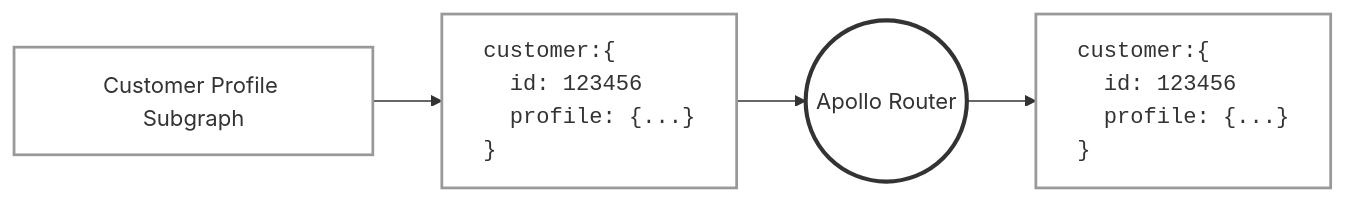
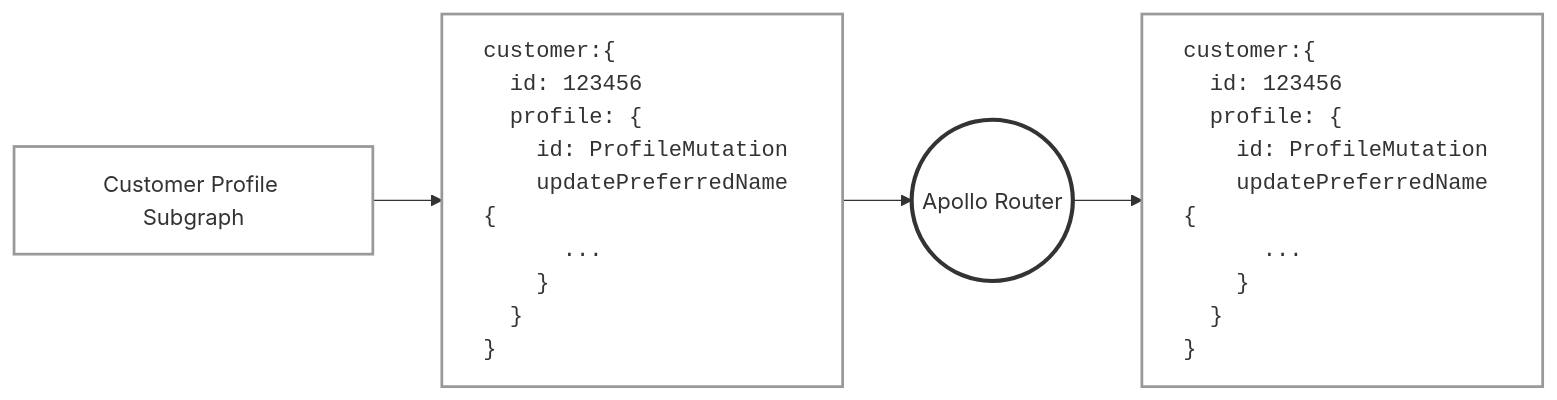
Before and after one commit to bcdxn/bcdxn.github.io: the fourth of 4 diagrams in _posts/2026-10-07-graphql-mutation-namespacing.md, drawn with Mermaid. The commit also changed other lines of this file, not shown here.

```diff
--- a/_posts/2026-10-07-graphql-mutation-namespacing.md
+++ b/_posts/2026-10-07-graphql-mutation-namespacing.md
@@ -278,23 +275,23 @@
 <pre class="mermaid">
 %%{init: {'themeVariables': { 'edgeLabelBackground': '#fff'}}}%%
 flowchart LR
   classDef default fill:none,stroke-width:2px
   classDef grouping fill:none,stroke:#999,stroke-width:2px
   classDef user fill:none,stroke:#333,stroke-width:3px
   classDef response font-family:monospace,text-align:left
 
   router((Apollo Router))
   profile[Customer Profile Subgraph]
-  profileResponse["customer:{<br/>&nbsp;&nbsp;id: 123456<br/>&nbsp;&nbsp;profile: {...}<br/>}"]
-  merged["customer:{<br/>&nbsp;&nbsp;id: 123456<br/>&nbsp;&nbsp;profile: {...}<br/>}"]
+  profileResponse["customer:{<br/>&nbsp;&nbsp;id: 123456<br/>&nbsp;&nbsp;profile: {<br/>&nbsp;&nbsp;&nbsp;&nbsp;id: ProfileMutation<br/>&nbsp;&nbsp;&nbsp;&nbsp;updatePreferredName {<br/>&nbsp;&nbsp;&nbsp;&nbsp;&nbsp;&nbsp;...<br/>&nbsp;&nbsp;&nbsp;&nbsp;}<br/>&nbsp;&nbsp;}<br/>}"]
+  merged["customer:{<br/>&nbsp;&nbsp;id: 123456<br/>&nbsp;&nbsp;profile: {<br/>&nbsp;&nbsp;&nbsp;&nbsp;id: ProfileMutation<br/>&nbsp;&nbsp;&nbsp;&nbsp;updatePreferredName {<br/>&nbsp;&nbsp;&nbsp;&nbsp;&nbsp;&nbsp;...<br/>&nbsp;&nbsp;&nbsp;&nbsp;}<br/>&nbsp;&nbsp;}<br/>}"]
 
   profile --> profileResponse --> router
   router --> merged
 
   class food,personal,profile,foodResponse,personalResponse,profileResponse,merged grouping
   class router user
   class foodResponse response
   class personalResponse response
   class profileResponse response
   class merged response
 </pre>
```
